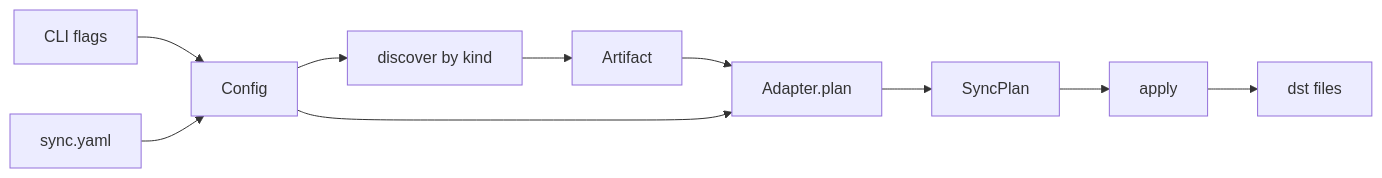
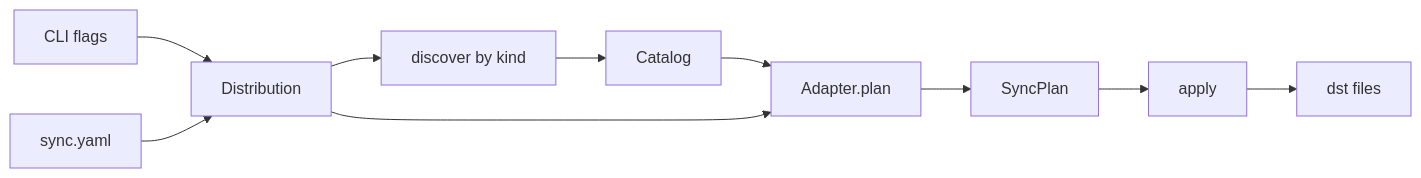
The diagram in docs/specs/atb-sync.md (yliapis/agent-tool-box), drawn with Mermaid before and after one commit. The commit also changed other lines of this file and 3 other files, not shown here.

First line of the commit message:
docs(specs): rename Config to Distribution

````diff
--- a/docs/specs/atb-sync.md
+++ b/docs/specs/atb-sync.md
@@ -18,14 +20,14 @@
 ```mermaid
 flowchart LR
   flags[CLI flags]
   yaml[sync.yaml]
-  flags --> config[Config]
-  yaml --> config
-  config --> discover[discover by kind]
-  discover --> artifacts[Artifact]
-  artifacts --> plan[Adapter.plan]
-  config --> plan
+  flags --> dist[Distribution]
+  yaml --> dist
+  dist --> discover[discover by kind]
+  discover --> catalog[Catalog]
+  catalog --> plan[Adapter.plan]
+  dist --> plan
   plan --> syncPlan[SyncPlan]
   syncPlan --> apply[apply]
   apply --> disk[dst files]
 ```
````
